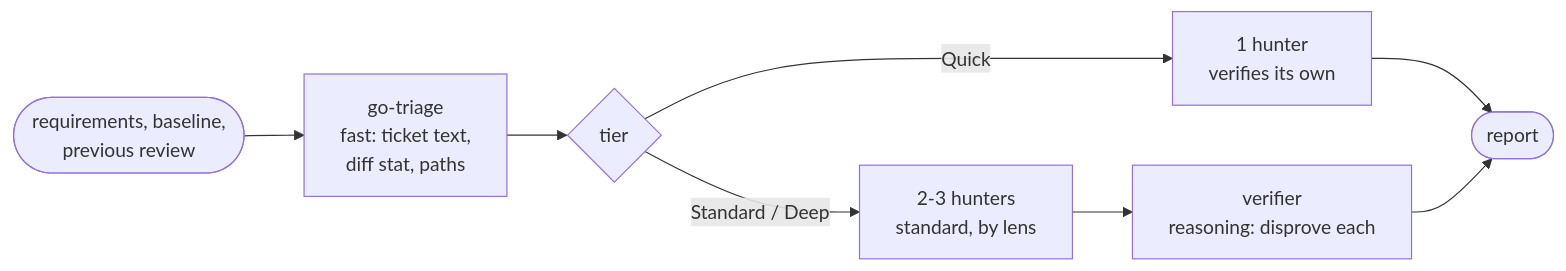
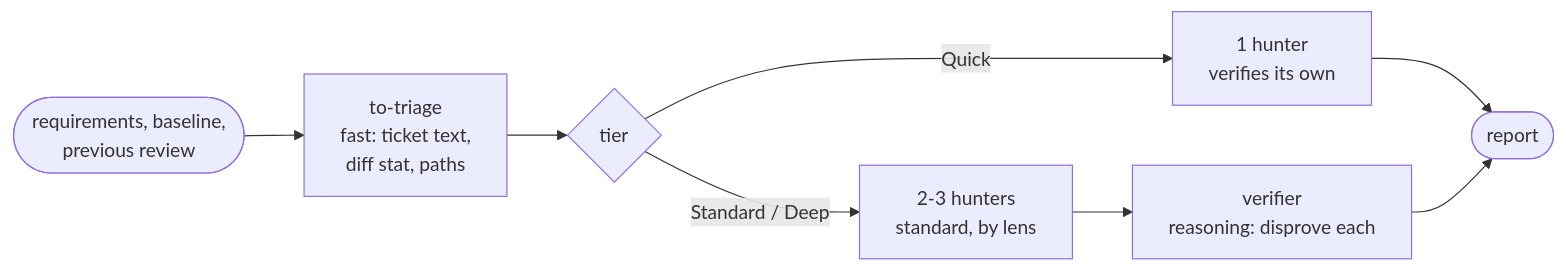
Before and after one commit to le0u0/just-do-it: the first of 2 diagrams in docs/go-review.md, drawn with Mermaid. The commit also changed 22 other files, not shown here.

````diff
--- a/docs/go-review.md
+++ b/docs/go-review.md
@@ -9,10 +9,10 @@
 ```mermaid
 flowchart LR
-    IN([requirements, baseline,<br/>previous review]) --> G[go-triage<br/>fast: ticket text,<br/>diff stat, paths]
+    IN([requirements, baseline,<br/>previous review]) --> G[to-triage<br/>fast: ticket text,<br/>diff stat, paths]
     G --> T{tier}
     T -->|Quick| Q[1 hunter<br/>verifies its own]
     T -->|Standard / Deep| H[2-3 hunters<br/>standard, by lens]
     H --> V[verifier<br/>reasoning: disprove each]
     Q --> R([report])
     V --> R
 ```
````
